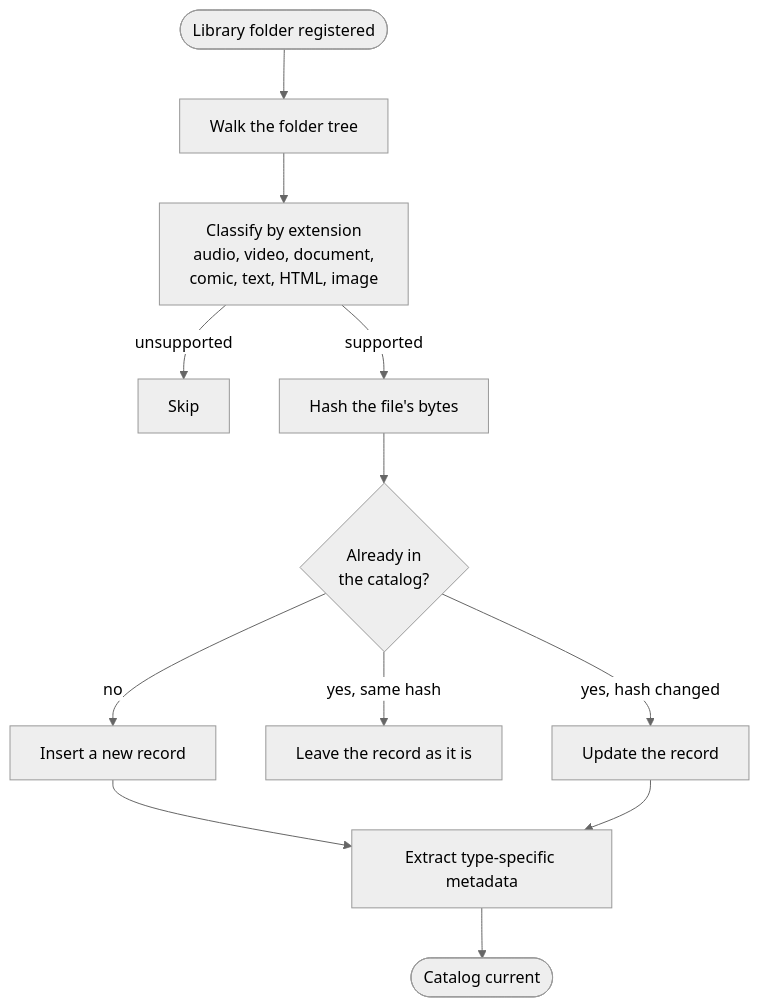
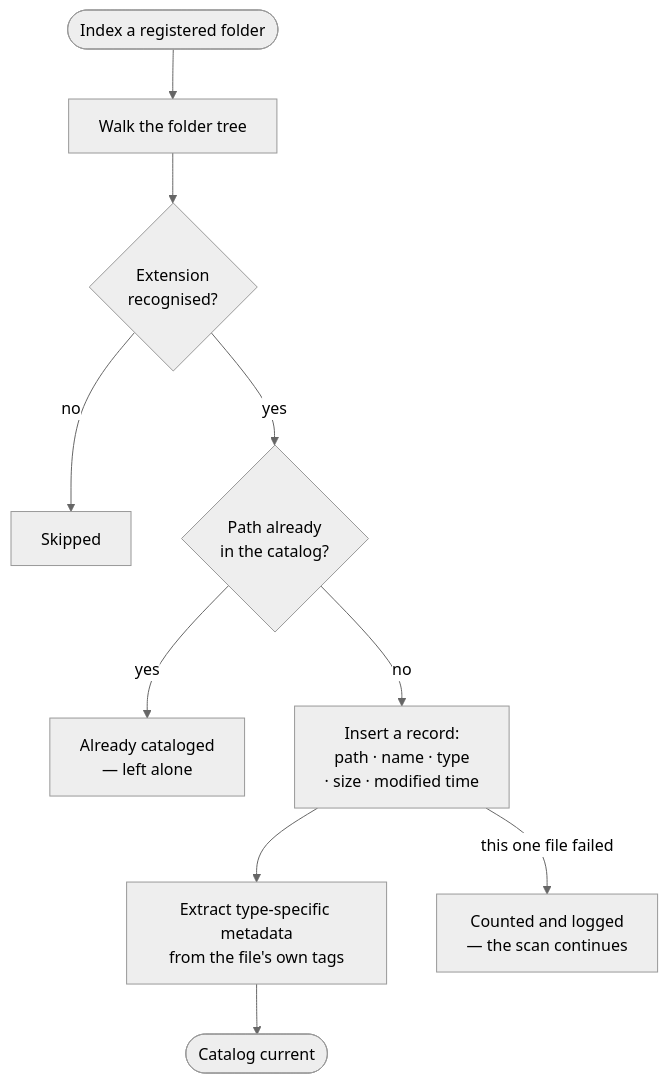
Before and after one commit to artur-rios/alexandria-docs: the third of 9 diagrams in content/en/docs/architecture/_index.md, drawn with Mermaid (neutral theme). The commit also changed other lines of this file and 5 other files, not shown here.

````diff
--- a/content/en/docs/architecture/_index.md
+++ b/content/en/docs/architecture/_index.md
@@ -91,14 +97,12 @@
 ```mermaid
 flowchart TD
-    START(["Library folder registered"]) --> WALK["Walk the folder tree"]
-    WALK --> CLASSIFY["Classify by extension<br/>audio, video, document,<br/>comic, text, HTML, image"]
-    CLASSIFY -->|unsupported| SKIP["Skip"]
-    CLASSIFY -->|supported| HASH["Hash the file's bytes"]
-    HASH --> LOOKUP{"Already in<br/>the catalog?"}
-    LOOKUP -->|"no"| INSERT["Insert a new record"]
-    LOOKUP -->|"yes, same hash"| TOUCH["Leave the record as it is"]
-    LOOKUP -->|"yes, hash changed"| UPDATE["Update the record"]
-    INSERT --> META["Extract type-specific metadata"]
-    UPDATE --> META
+    START(["Index a registered folder"]) --> WALK["Walk the folder tree"]
+    WALK --> CLASSIFY{"Extension<br/>recognised?"}
+    CLASSIFY -->|"no"| SKIP["Skipped"]
+    CLASSIFY -->|"yes"| LOOKUP{"Path already<br/>in the catalog?"}
+    LOOKUP -->|"yes"| ALREADY["Already cataloged<br/>— left alone"]
+    LOOKUP -->|"no"| INSERT["Insert a record:<br/>path · name · type<br/>· size · modified time"]
+    INSERT --> META["Extract type-specific metadata<br/>from the file's own tags"]
     META --> DONE(["Catalog current"])
+    INSERT -->|"this one file failed"| BAD["Counted and logged<br/>— the scan continues"]
 ```
````
